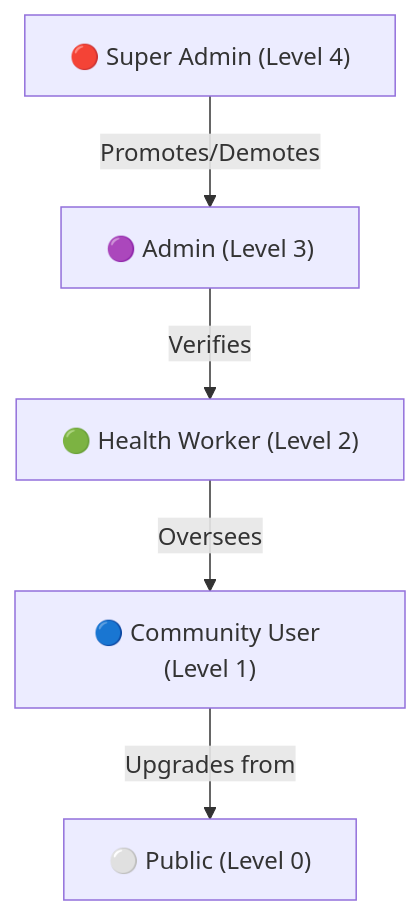
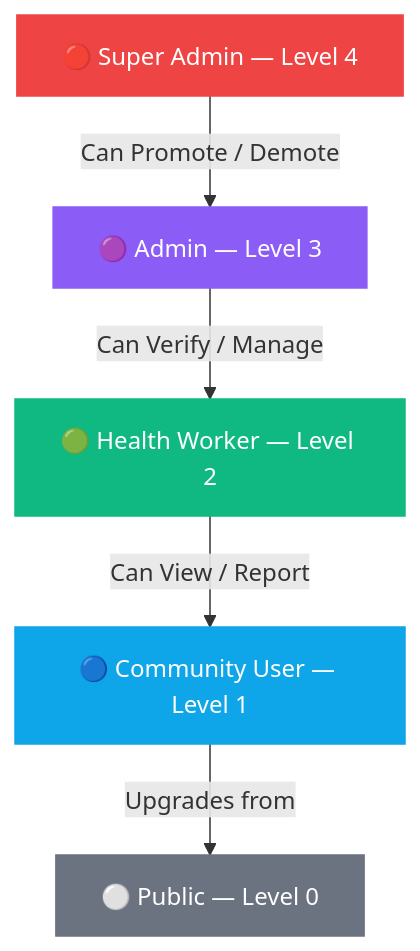
Diagram 13 of 17 in README.md (ArrinPaul/Landsat), drawn with Mermaid before and after one commit. The commit also changed other lines of this file, not shown here.

Commit message:
feat: enhance class diagram with Role and Location structures, and update method signatures

````diff
--- a/README.md
+++ b/README.md
@@ -280,7 +942,13 @@
 ```mermaid
 graph TD
-    SA["🔴 Super Admin (Level 4)"] -->|Promotes/Demotes| AD["🟣 Admin (Level 3)"]
-    AD -->|Verifies| HW["🟢 Health Worker (Level 2)"]
-    HW -->|Oversees| CU["🔵 Community User (Level 1)"]
-    CU -->|Upgrades from| PB["⚪ Public (Level 0)"]
+    SA["🔴 Super Admin — Level 4"] -->|"Can Promote / Demote"| AD["🟣 Admin — Level 3"]
+    AD -->|"Can Verify / Manage"| HW["🟢 Health Worker — Level 2"]
+    HW -->|"Can View / Report"| CU["🔵 Community User — Level 1"]
+    CU -->|"Upgrades from"| PB["⚪ Public — Level 0"]
+
+    style SA fill:#ef4444,color:#fff,stroke:#ef4444
+    style AD fill:#8b5cf6,color:#fff,stroke:#8b5cf6
+    style HW fill:#10b981,color:#fff,stroke:#10b981
+    style CU fill:#0ea5e9,color:#fff,stroke:#0ea5e9
+    style PB fill:#6b7280,color:#fff,stroke:#6b7280
 ```
````
